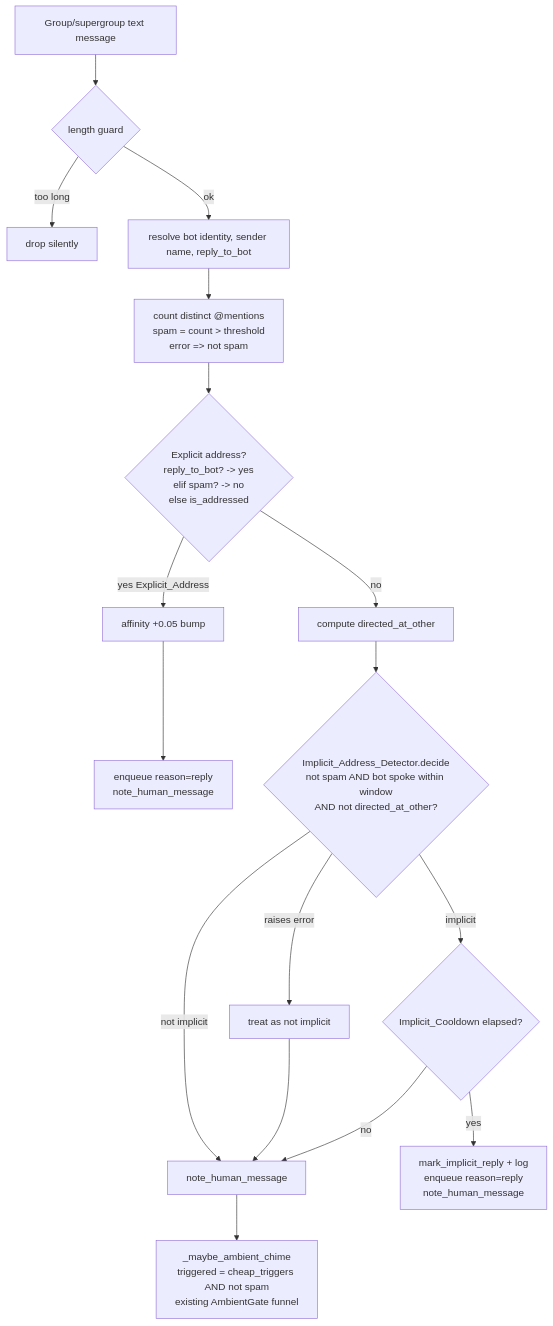
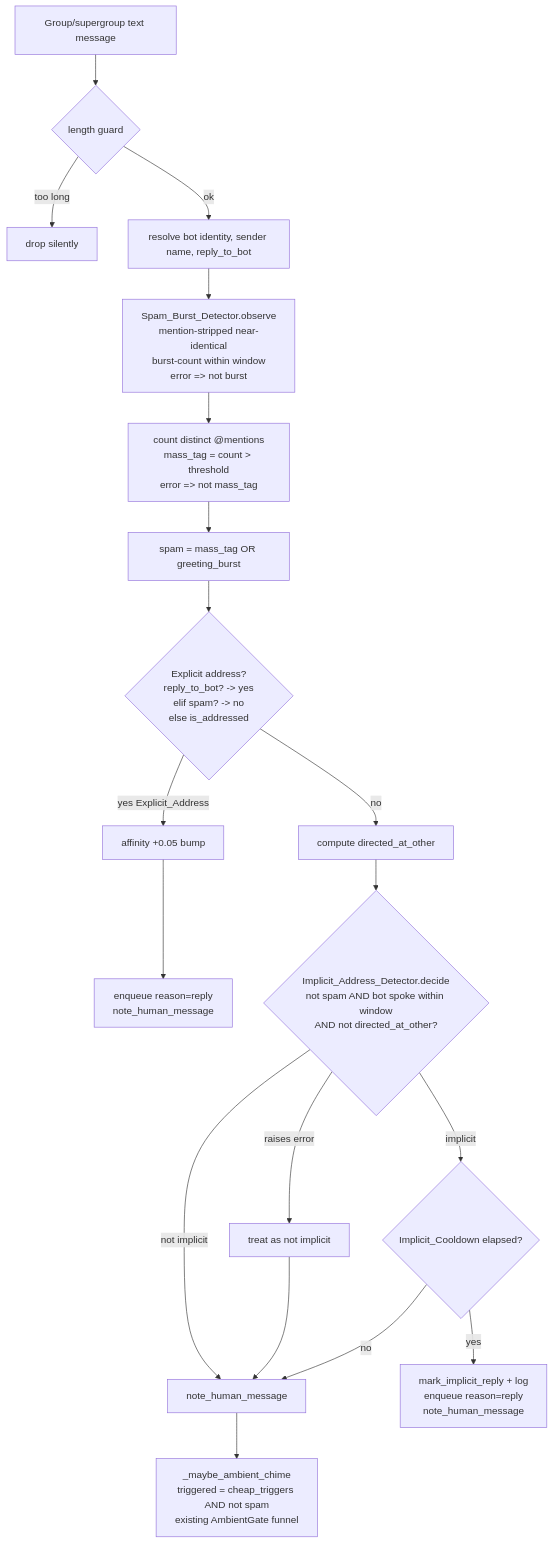
The first of 3 diagrams in .kiro/specs/implicit-bot-addressing/design.md (TechShreyash/ThinkMate), drawn with Mermaid before and after one commit. The commit also changed other lines of this file and 45 other files, not shown here.

````diff
--- a/.kiro/specs/implicit-bot-addressing/design.md
+++ b/.kiro/specs/implicit-bot-addressing/design.md
@@ -89,19 +118,21 @@
 ```mermaid
 flowchart TD
     A[Group/supergroup text message] --> B{length guard}
     B -->|too long| Z[drop silently]
     B -->|ok| C[resolve bot identity, sender name, reply_to_bot]
-    C --> SPAM[count distinct @mentions<br/>spam = count > threshold<br/>error => not spam]
-    SPAM --> D{Explicit address?<br/>reply_to_bot? -> yes<br/>elif spam? -> no<br/>else is_addressed}
+    C --> BURST[Spam_Burst_Detector.observe<br/>mention-stripped near-identical<br/>burst-count within window<br/>error => not burst]
+    BURST --> SPAM[count distinct @mentions<br/>mass_tag = count > threshold<br/>error => not mass_tag]
+    SPAM --> COMBINE[spam = mass_tag OR greeting_burst]
+    COMBINE --> D{Explicit address?<br/>reply_to_bot? -> yes<br/>elif spam? -> no<br/>else is_addressed}
     D -->|yes Explicit_Address| E[affinity +0.05 bump]
     E --> F[enqueue reason=reply<br/>note_human_message]
     D -->|no| G[compute directed_at_other]
     G --> H{Implicit_Address_Detector.decide<br/>not spam AND bot spoke within window<br/>AND not directed_at_other?}
     H -->|raises error| I[treat as not implicit]
     H -->|implicit| J{Implicit_Cooldown elapsed?}
     H -->|not implicit| K
     I --> K
     J -->|yes| L[mark_implicit_reply + log<br/>enqueue reason=reply<br/>note_human_message]
     J -->|no| K[note_human_message]
     K --> M[_maybe_ambient_chime<br/>triggered = cheap_triggers AND not spam<br/>existing AmbientGate funnel]
 ```
````
